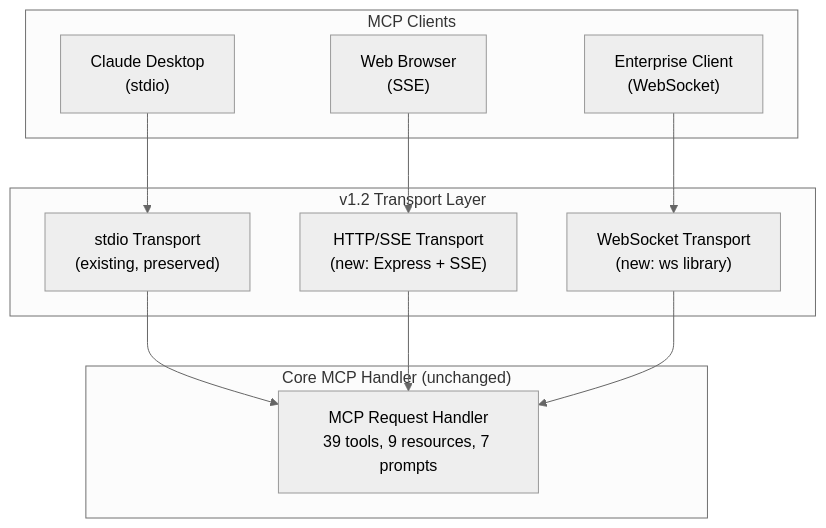
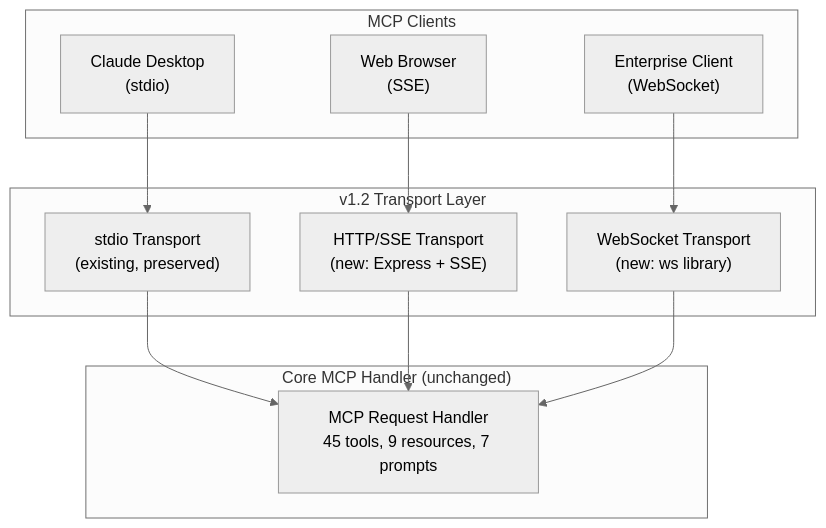
The third of 4 diagrams in FUTURE_ARCHITECTURE.md (Hack23/European-Parliament-MCP-Server), drawn with Mermaid (neutral theme) before and after one commit. The commit also changed other lines of this file and 35 other files, not shown here.

````diff
--- a/FUTURE_ARCHITECTURE.md
+++ b/FUTURE_ARCHITECTURE.md
@@ -146,25 +146,25 @@
 ```mermaid
 flowchart TD
     subgraph Transports["v1.2 Transport Layer"]
         STDIO["stdio Transport\n(existing, preserved)"]
         HTTP["HTTP/SSE Transport\n(new: Express + SSE)"]
         WS["WebSocket Transport\n(new: ws library)"]
     end
 
     subgraph Clients["MCP Clients"]
         LOCAL["Claude Desktop\n(stdio)"]
         WEB["Web Browser\n(SSE)"]
         ENT["Enterprise Client\n(WebSocket)"]
     end
 
     subgraph Core["Core MCP Handler (unchanged)"]
-        HANDLER["MCP Request Handler\n39 tools, 9 resources, 7 prompts"]
+        HANDLER["MCP Request Handler\n45 tools, 9 resources, 7 prompts"]
     end
 
     LOCAL --> STDIO
     WEB --> HTTP
     ENT --> WS
     STDIO --> HANDLER
     HTTP --> HANDLER
     WS --> HANDLER
 ```
````
